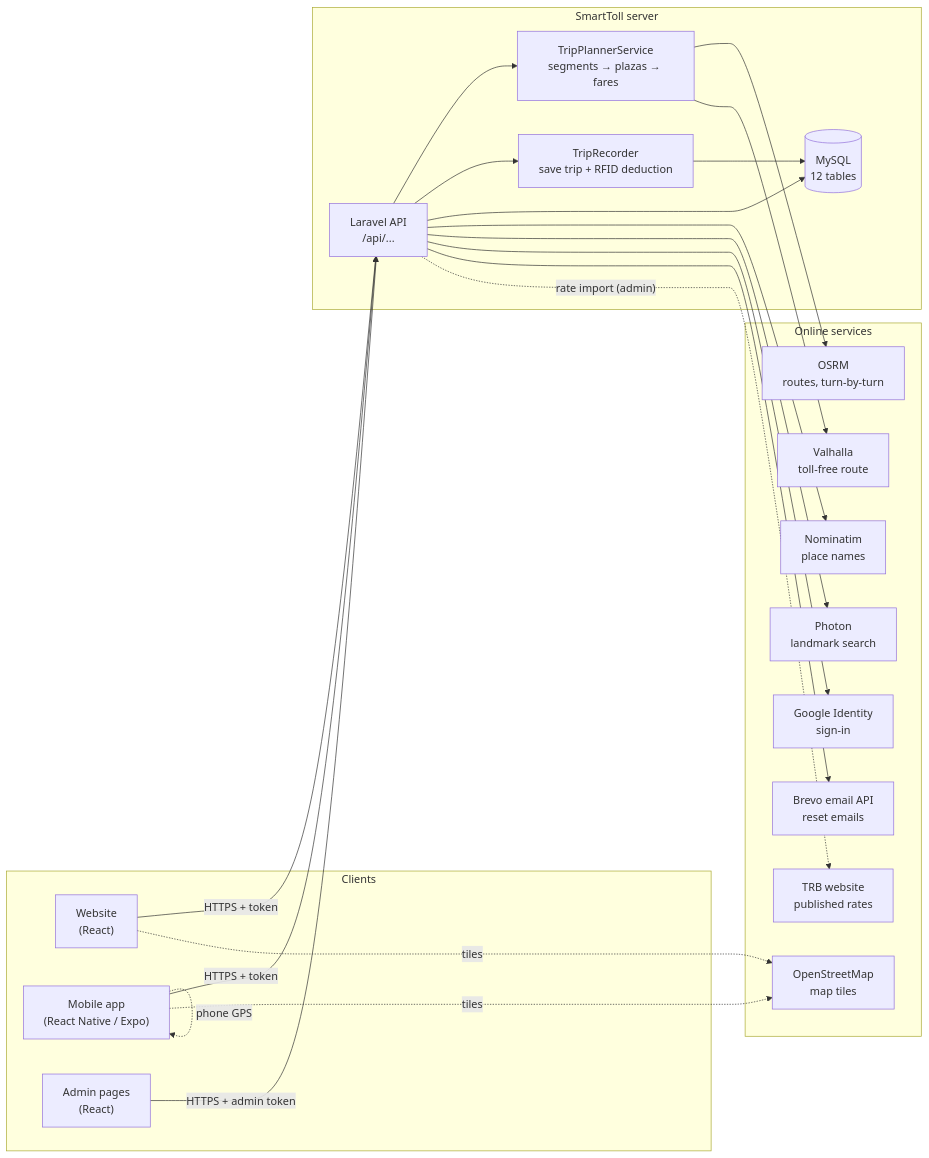
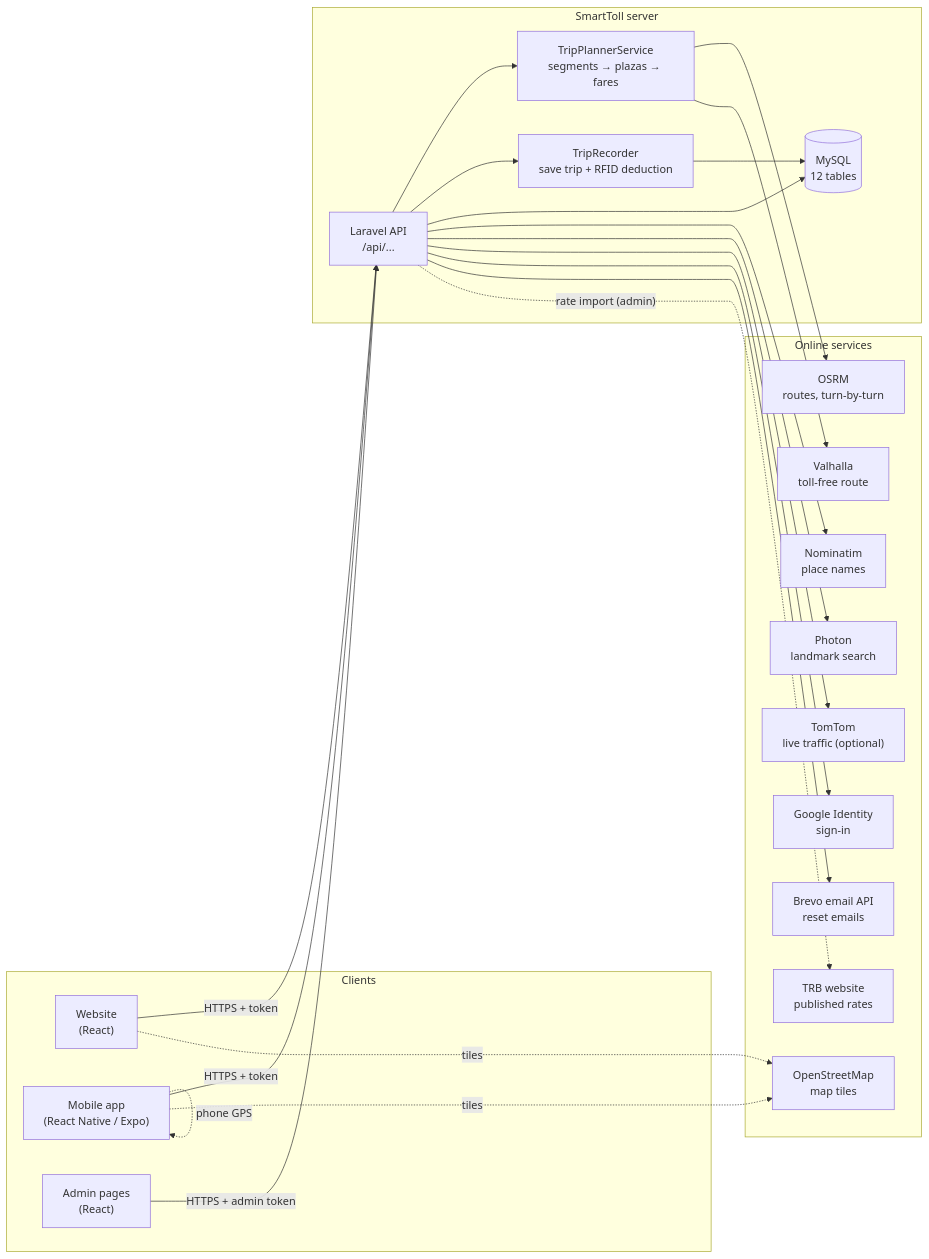
One commit to JonasBondoc26/Smart-Toll changed the first of 5 diagrams in docs/ARCHITECTURE.md. Above: the diagram before and after it, drawn with Mermaid. The commit also changed 23 other files, not shown here.

````diff
--- a/docs/ARCHITECTURE.md
+++ b/docs/ARCHITECTURE.md
@@ -13,39 +13,41 @@
 ```mermaid
 flowchart LR
     subgraph Clients
         W["Website<br/>(React)"]
         M["Mobile app<br/>(React Native / Expo)"]
         A["Admin pages<br/>(React)"]
     end
     subgraph Server["SmartToll server"]
         API["Laravel API<br/>/api/..."]
         TPS["TripPlannerService<br/>segments → plazas → fares"]
         TR["TripRecorder<br/>save trip + RFID deduction"]
         DB[("MySQL<br/>12 tables")]
     end
     subgraph External["Online services"]
         OSRM["OSRM<br/>routes, turn-by-turn"]
         VAL["Valhalla<br/>toll-free route"]
         NOM["Nominatim<br/>place names"]
         PHO["Photon<br/>landmark search"]
+        TT["TomTom<br/>live traffic (optional)"]
         OSM["OpenStreetMap<br/>map tiles"]
         GOO["Google Identity<br/>sign-in"]
         SMTP["Brevo email API<br/>reset emails"]
         TRB["TRB website<br/>published rates"]
     end
     W -- "HTTPS + token" --> API
     M -- "HTTPS + token" --> API
     A -- "HTTPS + admin token" --> API
     API --> TPS --> OSRM
     TPS --> VAL
     API --> TR --> DB
     API --> DB
     API --> NOM
     API --> PHO
+    API --> TT
     API --> GOO
     API --> SMTP
     API -. "rate import (admin)" .-> TRB
     W -. tiles .-> OSM
     M -. tiles .-> OSM
     M -. "phone GPS" .-> M
 ```
````
